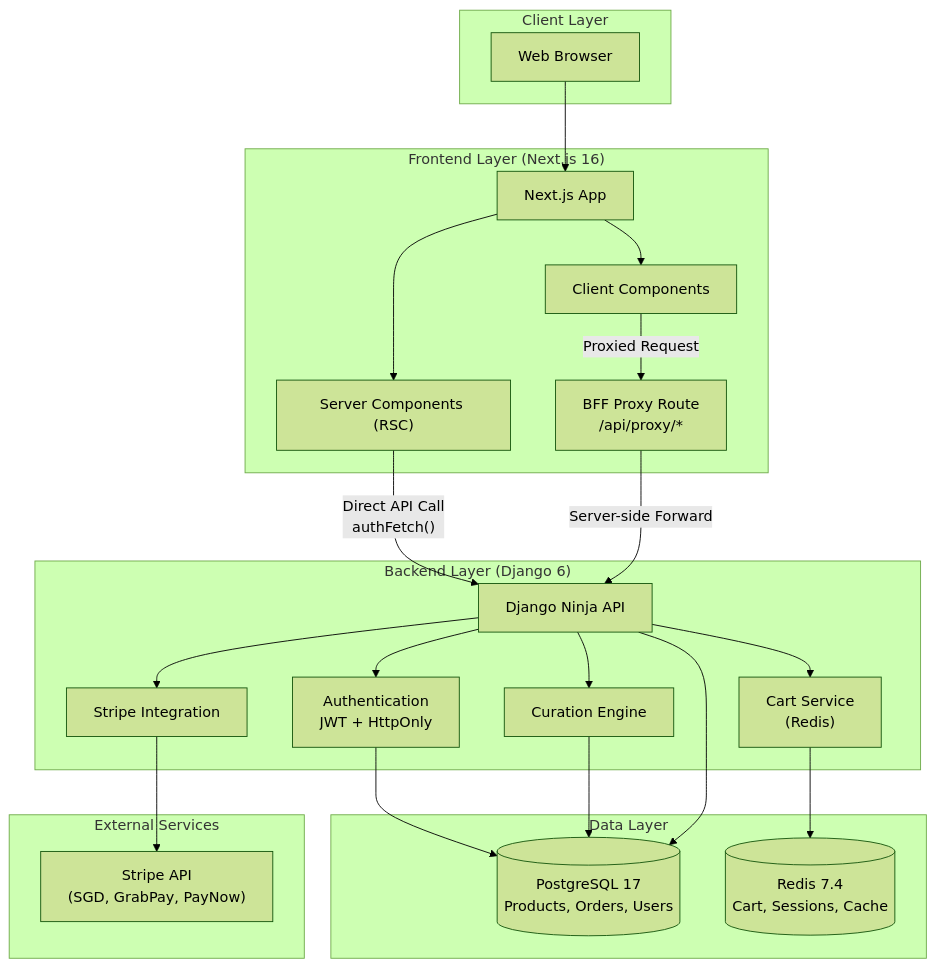
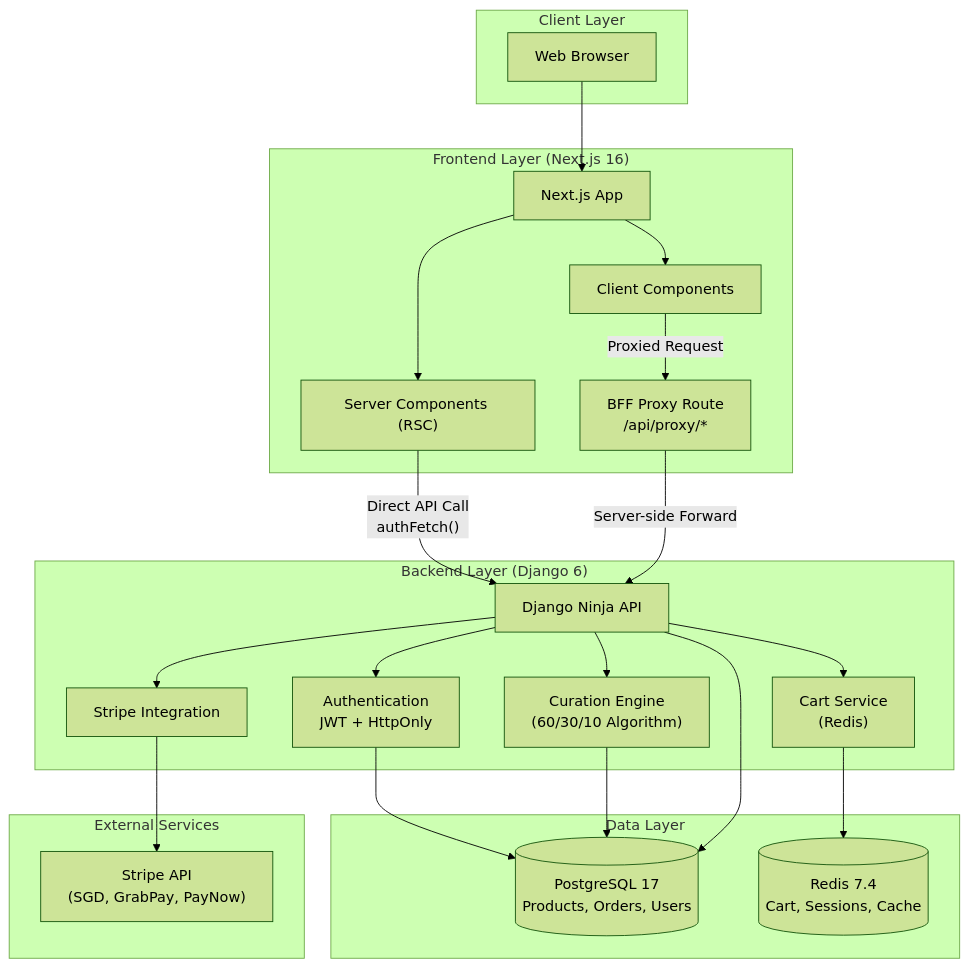
One commit to nordeim/cha-yuan changed the first of 9 diagrams in AGENTS.md. Above: the diagram before and after it, drawn with Mermaid (forest theme). The commit also changed other lines of this file and 7 other files, not shown here.

````diff
--- a/AGENTS.md
+++ b/AGENTS.md
@@ -1607,50 +1905,49 @@
 ```mermaid
 flowchart TB
     subgraph Client["Client Layer"]
         Browser["Web Browser"]
     end
-    
+
     subgraph Frontend["Frontend Layer (Next.js 16)"]
         NextApp["Next.js App"]
         ServerComp["Server Components (RSC)"]
         ClientComp["Client Components"]
         BFF["BFF Proxy Route<br/>/api/proxy/*"]
     end
-    
+
     subgraph Backend["Backend Layer (Django 6)"]
         NinjaAPI["Django Ninja API"]
         Auth["Authentication<br/>JWT + HttpOnly"]
         CartSvc["Cart Service<br/>(Redis)"]
-        Curation["Curation Engine"]
+        Curation["Curation Engine<br/>(60/30/10 Algorithm)"]
         Stripe["Stripe Integration"]
     end
-    
-    subgraph Database["Data Layer"]
+
+    subgraph Data["Data Layer"]
         Postgres[("PostgreSQL 17<br/>Products, Orders, Users")]
         Redis[("Redis 7.4<br/>Cart, Sessions, Cache")]
     end
-    
+
     subgraph External["External Services"]
         StripeAPI["Stripe API<br/>(SGD, GrabPay, PayNow)"]
     end
-    
+
     Browser --> NextApp
     NextApp --> ServerComp
     NextApp --> ClientComp
-    
+
     ServerComp --> |"Direct API Call<br/>authFetch()"| NinjaAPI
     ClientComp --> |"Proxied Request"| BFF
     BFF --> |"Server-side Forward"| NinjaAPI
-    
+
     NinjaAPI --> Auth
     NinjaAPI --> CartSvc
     NinjaAPI --> Curation
     NinjaAPI --> Stripe
-    
+
     Auth --> Postgres
     CartSvc --> Redis
     Curation --> Postgres
     Stripe --> StripeAPI
-    
     NinjaAPI --> Postgres
 ```
````
